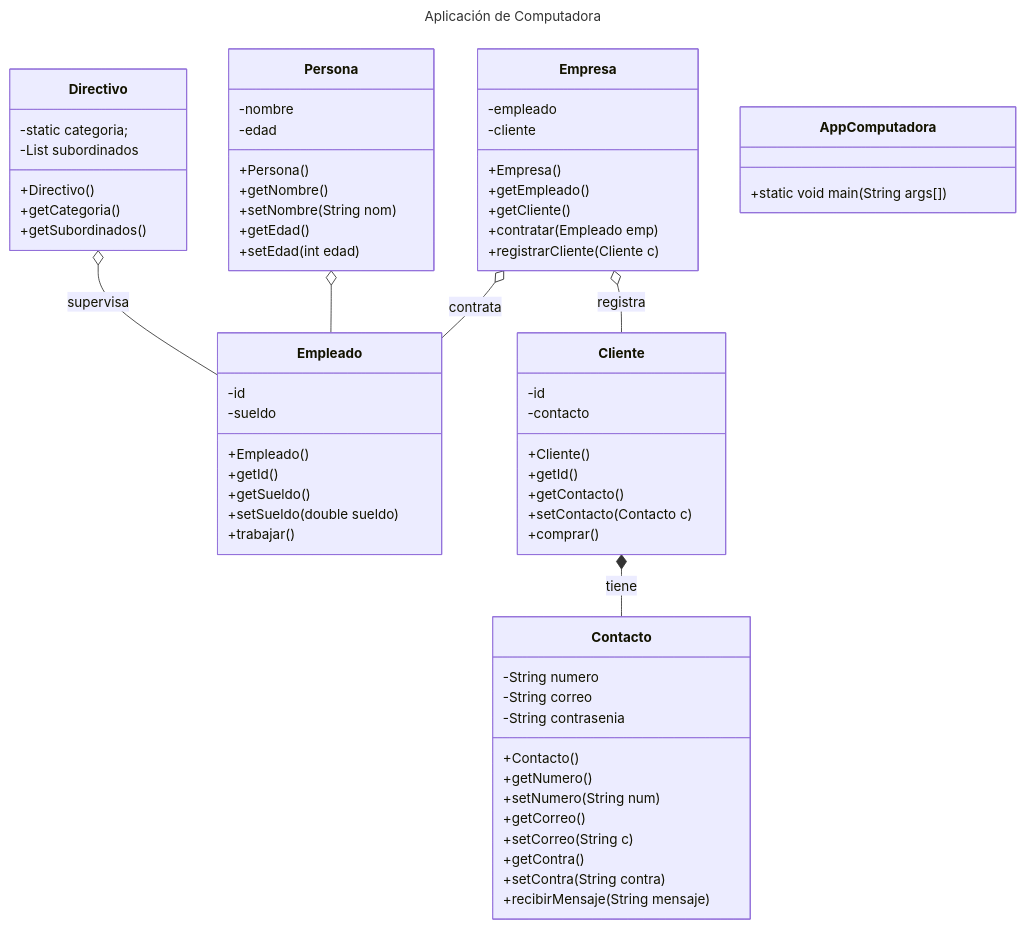
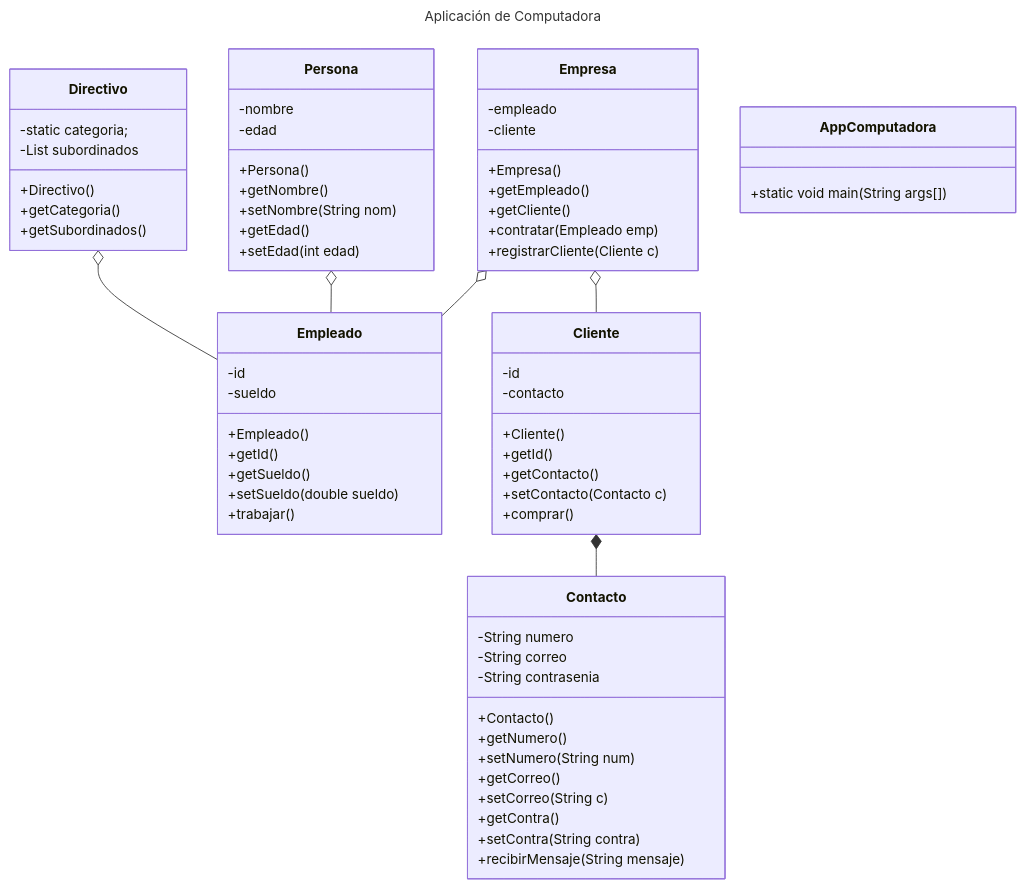
The diagram in README.md (mauryci2/Jaime-Felix-POO-Base), drawn with Mermaid before and after one commit.

Commit message:
mejorando detalles

````diff
--- a/README.md
+++ b/README.md
@@ -7,71 +7,71 @@
 ```mermaid
 ---
 title: Aplicación de Computadora
 ---
 classDiagram
       %% Relaciones de agregación / composición
-      Empresa o-- Empleado : contrata
-      Empresa o-- Cliente : registra
-      Cliente *-- Contacto : tiene
+      Empresa o-- Empleado
+      Empresa o-- Cliente
+      Cliente *-- Contacto
       Persona o-- Empleado
-      Directivo o-- Empleado : supervisa
+      Directivo o-- Empleado
       class AppComputadora{
             +static void main(String args[])
       }
       class Empresa{
             -empleado
             -cliente
             +Empresa()
             +getEmpleado()
             +getCliente()
             +contratar(Empleado emp)
             +registrarCliente(Cliente c)
       }
       class Directivo{
             -static categoria;
             -List<Empleado> subordinados
             +Directivo()
             +getCategoria()
             +getSubordinados()
       }      
       class Persona{
             -nombre
             -edad
             +Persona()
             +getNombre()
             +setNombre(String nom)
             +getEdad()
             +setEdad(int edad)
       }
       class Empleado{
             -id
             -sueldo
              +Empleado()
             +getId()
             +getSueldo()
             +setSueldo(double sueldo)
             +trabajar()
       }
       class Cliente{
             -id
             -contacto
             +Cliente()
             +getId()
             +getContacto()
             +setContacto(Contacto c)
             +comprar()
       }
       class Contacto{
             -String numero
             -String correo
             -String contrasenia
             +Contacto()
             +getNumero()
             +setNumero(String num)
             +getCorreo()
             +setCorreo(String c)
             +getContra()
             +setContra(String contra)
             +recibirMensaje(String mensaje)
       }
 ```
````
